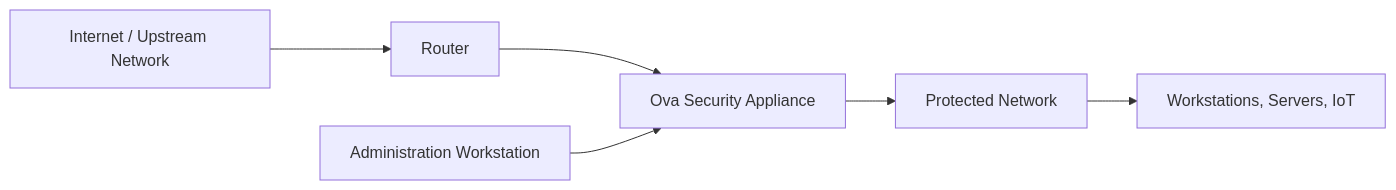
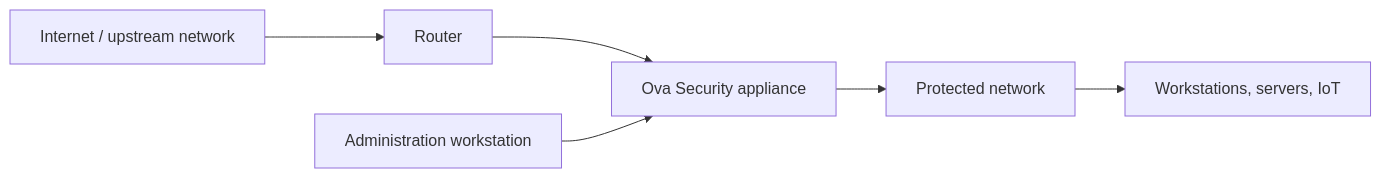
One commit to G-omar3/Ova_Security changed the first of 8 diagrams in README.md. Above: the diagram before and after it, drawn with Mermaid. The commit also changed other lines of this file and 9 other files, not shown here.

Commit message:
Consolidate architecture documentation

````diff
--- a/README.md
+++ b/README.md
@@ -22,12 +24,12 @@
 ```mermaid
 flowchart LR
-  Internet[Internet / Upstream Network]
+  WAN[Internet / upstream network]
   Router[Router]
-  Appliance[Ova Security Appliance]
-  Admin[Administration Workstation]
-  LAN[Protected Network]
-  Devices[Workstations, Servers, IoT]
+  Appliance[Ova Security appliance]
+  LAN[Protected network]
+  Assets[Workstations, servers, IoT]
+  Admin[Administration workstation]
 
-  Internet --> Router --> Appliance --> LAN --> Devices
+  WAN --> Router --> Appliance --> LAN --> Assets
   Admin --> Appliance
 ```
````
